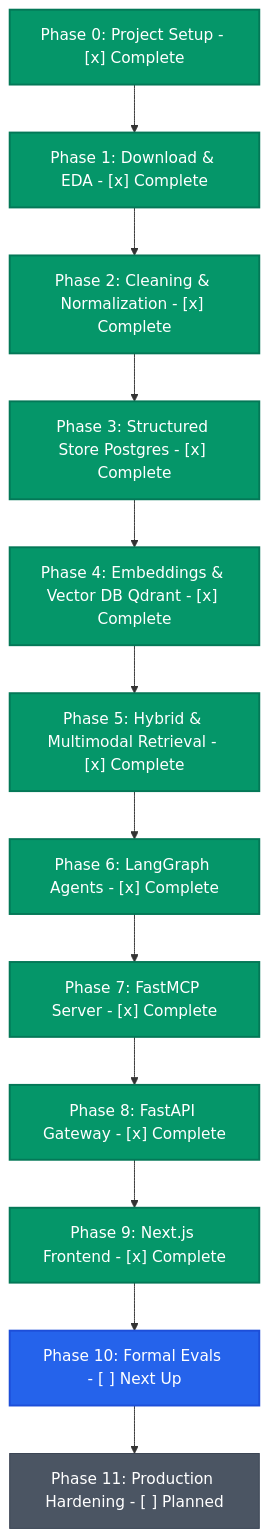
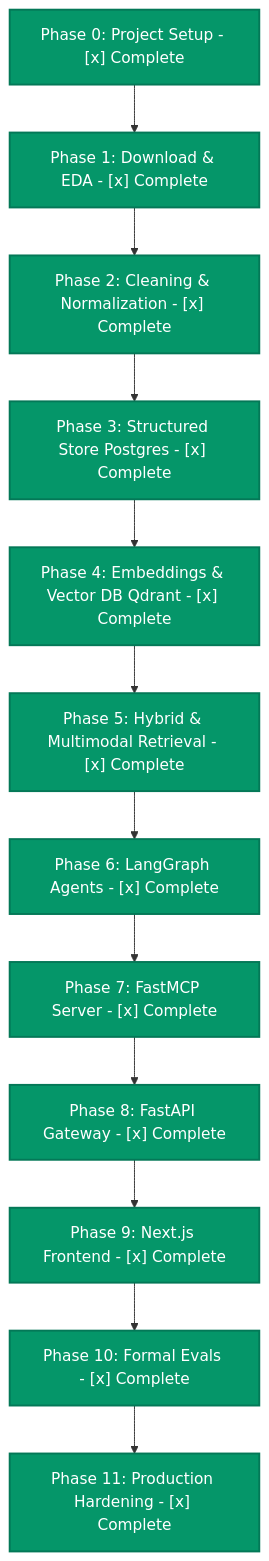
The first of 3 diagrams in Roadmap.md (iar01/nutrition-and-food-label-analyzer), drawn with Mermaid before and after one commit. The commit also changed other lines of this file and 23 other files, not shown here.

Commit message:
feat: complete Phase 10 (Formal Evals) and Phase 11 (Production Hardening)

````diff
--- a/Roadmap.md
+++ b/Roadmap.md
@@ -45,22 +45,18 @@
 ```mermaid
 flowchart TD
     P0["Phase 0: Project Setup - [x] Complete"] --> P1["Phase 1: Download & EDA - [x] Complete"]
     P1 --> P2["Phase 2: Cleaning & Normalization - [x] Complete"]
     P2 --> P3["Phase 3: Structured Store Postgres - [x] Complete"]
     P3 --> P4["Phase 4: Embeddings & Vector DB Qdrant - [x] Complete"]
     P4 --> P5["Phase 5: Hybrid & Multimodal Retrieval - [x] Complete"]
     P5 --> P6["Phase 6: LangGraph Agents - [x] Complete"]
     P6 --> P7["Phase 7: FastMCP Server - [x] Complete"]
     P7 --> P8["Phase 8: FastAPI Gateway - [x] Complete"]
     P8 --> P9["Phase 9: Next.js Frontend - [x] Complete"]
-    P9 --> P10["Phase 10: Formal Evals - [ ] Next Up"]
-    P10 --> P11["Phase 11: Production Hardening - [ ] Planned"]
+    P9 --> P10["Phase 10: Formal Evals - [x] Complete"]
+    P10 --> P11["Phase 11: Production Hardening - [x] Complete"]
 
     classDef done fill:#059669,stroke:#047857,stroke-width:2px,color:#fff;
-    classDef next fill:#2563eb,stroke:#1d4ed8,stroke-width:2px,color:#fff;
-    classDef planned fill:#4b5563,stroke:#374151,stroke-width:1px,color:#fff;
 
-    class P0,P1,P2,P3,P4,P5,P6,P7,P8,P9 done;
-    class P10 next;
-    class P11 planned;
+    class P0,P1,P2,P3,P4,P5,P6,P7,P8,P9,P10,P11 done;
 ```
````
